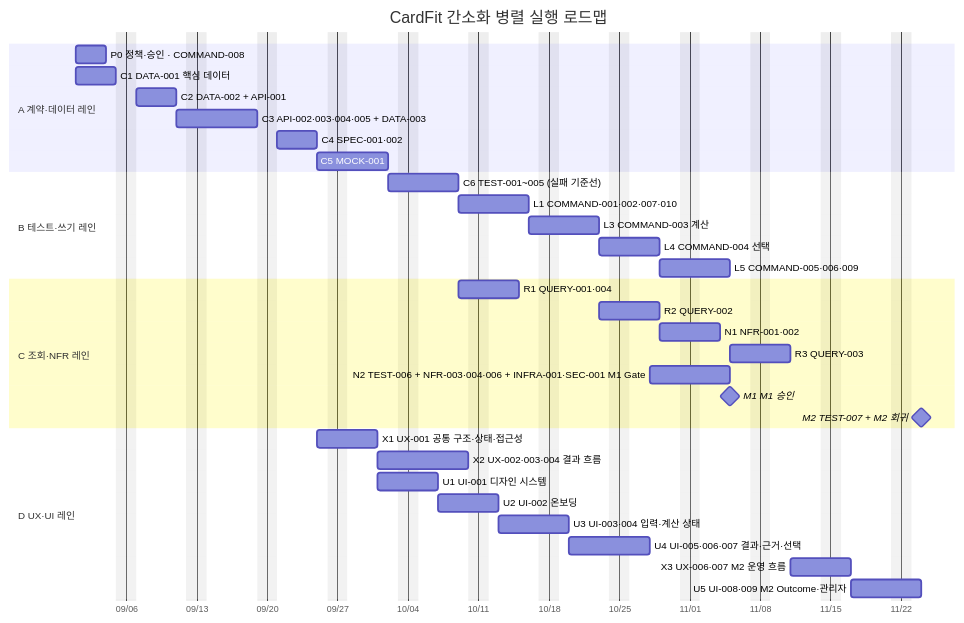
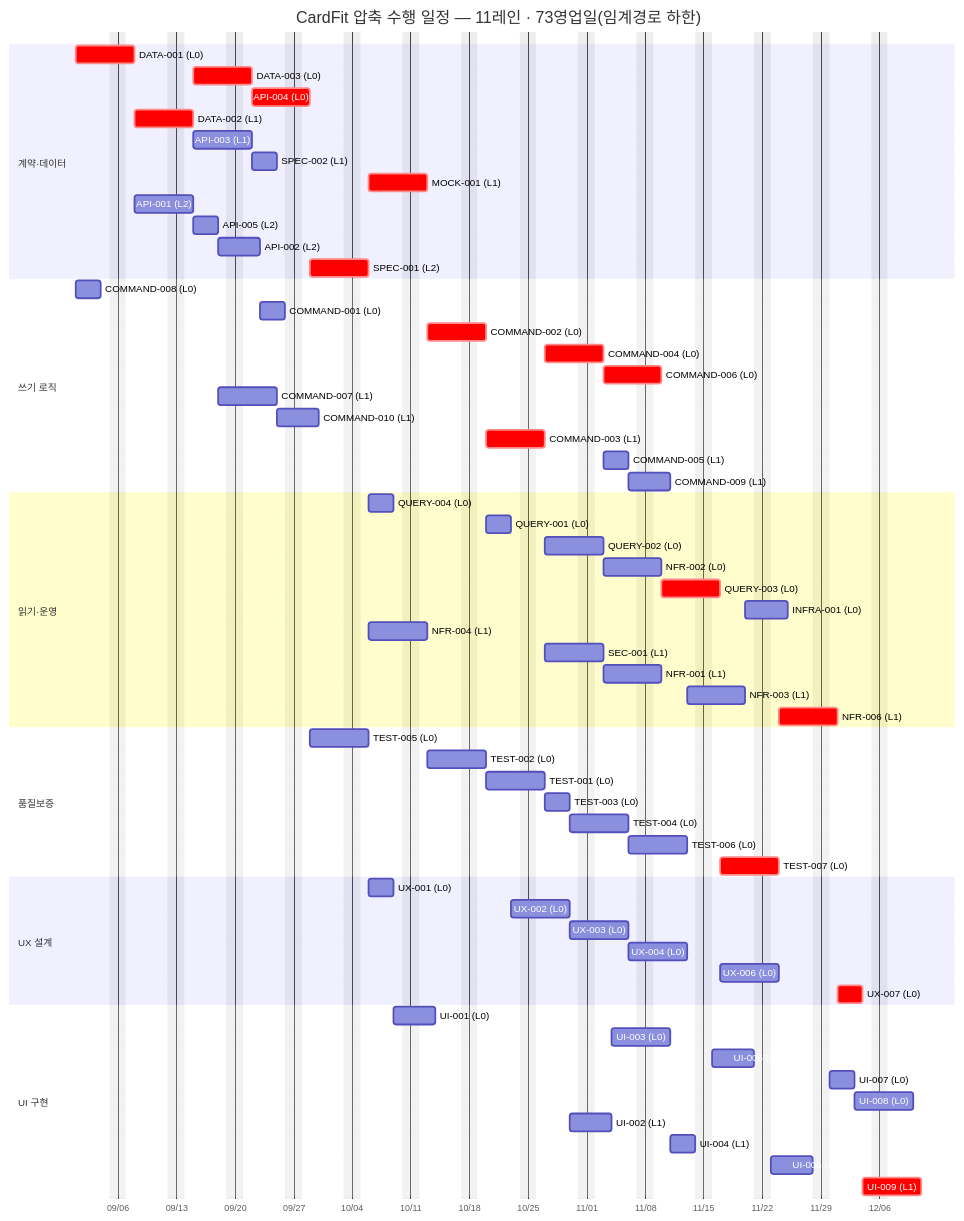
Before and after one commit to jennie-brain/CardFit-prd-to-srs: the second of 2 diagrams in TASK/task1/03_병렬실행_Gantt_로드맵.md, drawn with Mermaid. The commit also changed other lines of this file and 2 other files, not shown here.

````diff
--- a/TASK/task1/03_병렬실행_Gantt_로드맵.md
+++ b/TASK/task1/03_병렬실행_Gantt_로드맵.md
@@ -67,41 +107,73 @@
 ```mermaid
 gantt
-  title CardFit 간소화 병렬 실행 로드맵
+  title CardFit 압축 수행 일정 — 11레인 · 73영업일(임계경로 하한)
   dateFormat  YYYY-MM-DD
   axisFormat  %m/%d
   excludes    weekends
 
-  section A 계약·데이터 레인
-  P0 정책·승인 · COMMAND-008              :p0, 2026-09-01, 3d
-  C1 DATA-001 핵심 데이터                 :c1, 2026-09-01, 4d
-  C2 DATA-002 + API-001                   :c2, after c1, 4d
-  C3 API-002·003·004·005 + DATA-003       :c3, after c2, 6d
-  C4 SPEC-001·002                          :c4, after c3, 4d
-  C5 MOCK-001                               :c5, after c4, 5d
+  section 계약·데이터
+  DATA-001 (L0)  :crit, ctr0_data001, 2026-09-01, 5d
+  DATA-003 (L0)  :crit, ctr0_data003, 2026-09-15, 5d
+  API-004 (L0)  :crit, ctr0_api004, 2026-09-22, 5d
+  DATA-002 (L1)  :crit, ctr1_data002, 2026-09-08, 5d
+  API-003 (L1)  :ctr1_api003, 2026-09-15, 5d
+  SPEC-002 (L1)  :ctr1_spec002, 2026-09-22, 3d
+  MOCK-001 (L1)  :crit, ctr1_mock001, 2026-10-06, 5d
+  API-001 (L2)  :ctr2_api001, 2026-09-08, 5d
+  API-005 (L2)  :ctr2_api005, 2026-09-15, 3d
+  API-002 (L2)  :ctr2_api002, 2026-09-18, 3d
+  SPEC-001 (L2)  :crit, ctr2_spec001, 2026-09-29, 5d
 
-  section B 테스트·쓰기 레인
-  C6 TEST-001~005 (실패 기준선)             :c6, after c5, 5d
-  L1 COMMAND-001·002·007·010               :l1, after c6, 5d
-  L3 COMMAND-003 계산                       :l3, after l1, 5d
-  L4 COMMAND-004 선택                       :l4, after l3, 4d
-  L5 COMMAND-005·006·009                    :l5, after l4, 5d
+  section 쓰기 로직
+  COMMAND-008 (L0)  :wr0_command008, 2026-09-01, 3d
+  COMMAND-001 (L0)  :wr0_command001, 2026-09-23, 3d
+  COMMAND-002 (L0)  :crit, wr0_command002, 2026-10-13, 5d
+  COMMAND-004 (L0)  :crit, wr0_command004, 2026-10-27, 5d
+  COMMAND-006 (L0)  :crit, wr0_command006, 2026-11-03, 5d
+  COMMAND-007 (L1)  :wr1_command007, 2026-09-18, 5d
+  COMMAND-010 (L1)  :wr1_command010, 2026-09-25, 3d
+  COMMAND-003 (L1)  :crit, wr1_command003, 2026-10-20, 5d
+  COMMAND-005 (L1)  :wr1_command005, 2026-11-03, 3d
+  COMMAND-009 (L1)  :wr1_command009, 2026-11-06, 3d
 
-  section C 조회·NFR 레인
-  R1 QUERY-001·004                          :r1, after c6, 4d
-  R2 QUERY-002                              :r2, after l3, 4d
-  N1 NFR-001·002                             :n1, after r2, 4d
-  R3 QUERY-003                               :r3, after l5, 4d
-  N2 TEST-006 + NFR-003·004·006 + INFRA-001·SEC-001 M1 Gate :n2, after u4, 6d
-  M1 M1 승인                                  :milestone, m1, after n2, 0d
-  M2 TEST-007 + M2 회귀                     :milestone, m2, after u5, 0d
+  section 읽기·운영
+  QUERY-004 (L0)  :rd0_query004, 2026-10-06, 3d
+  QUERY-001 (L0)  :rd0_query001, 2026-10-20, 3d
+  QUERY-002 (L0)  :rd0_query002, 2026-10-27, 5d
+  NFR-002 (L0)  :rd0_nfr002, 2026-11-03, 5d
+  QUERY-003 (L0)  :crit, rd0_query003, 2026-11-10, 5d
+  INFRA-001 (L0)  :rd0_infra001, 2026-11-20, 3d
+  NFR-004 (L1)  :rd1_nfr004, 2026-10-06, 5d
+  SEC-001 (L1)  :rd1_sec001, 2026-10-27, 5d
+  NFR-001 (L1)  :rd1_nfr001, 2026-11-03, 5d
+  NFR-003 (L1)  :rd1_nfr003, 2026-11-13, 5d
+  NFR-006 (L1)  :crit, rd1_nfr006, 2026-11-24, 5d
 
-  section D UX·UI 레인
-  X1 UX-001 공통 구조·상태·접근성            :x1, after c4, 4d
-  X2 UX-002·003·004 결과 흐름               :x2, after x1, 7d
-  U1 UI-001 디자인 시스템                   :u1, after x1, 4d
-  U2 UI-002 온보딩                           :u2, after u1, 4d
-  U3 UI-003·004 입력·계산 상태              :u3, after u2, 5d
-  U4 UI-005·006·007 결과·근거·선택          :u4, after u3, 6d
-  X3 UX-006·007 M2 운영 흐름                :x3, after r3, 4d
-  U5 UI-008·009 M2 Outcome·관리자            :u5, after x3, 5d
+  section 품질보증
+  TEST-005 (L0)  :tst0_test005, 2026-09-29, 5d
+  TEST-002 (L0)  :tst0_test002, 2026-10-13, 5d
+  TEST-001 (L0)  :tst0_test001, 2026-10-20, 5d
+  TEST-003 (L0)  :tst0_test003, 2026-10-27, 3d
+  TEST-004 (L0)  :tst0_test004, 2026-10-30, 5d
+  TEST-006 (L0)  :tst0_test006, 2026-11-06, 5d
+  TEST-007 (L0)  :crit, tst0_test007, 2026-11-17, 5d
+
+  section UX 설계
+  UX-001 (L0)  :ux0_ux001, 2026-10-06, 3d
+  UX-002 (L0)  :ux0_ux002, 2026-10-23, 5d
+  UX-003 (L0)  :ux0_ux003, 2026-10-30, 5d
+  UX-004 (L0)  :ux0_ux004, 2026-11-06, 5d
+  UX-006 (L0)  :ux0_ux006, 2026-11-17, 5d
+  UX-007 (L0)  :crit, ux0_ux007, 2026-12-01, 3d
+
+  section UI 구현
+  UI-001 (L0)  :ui0_ui001, 2026-10-09, 3d
+  UI-003 (L0)  :ui0_ui003, 2026-11-04, 5d
+  UI-005 (L0)  :ui0_ui005, 2026-11-16, 5d
+  UI-007 (L0)  :ui0_ui007, 2026-11-30, 3d
+  UI-008 (L0)  :ui0_ui008, 2026-12-03, 5d
+  UI-002 (L1)  :ui1_ui002, 2026-10-30, 3d
+  UI-004 (L1)  :ui1_ui004, 2026-11-11, 3d
+  UI-006 (L1)  :ui1_ui006, 2026-11-23, 5d
+  UI-009 (L1)  :crit, ui1_ui009, 2026-12-04, 5d
 ```
````
